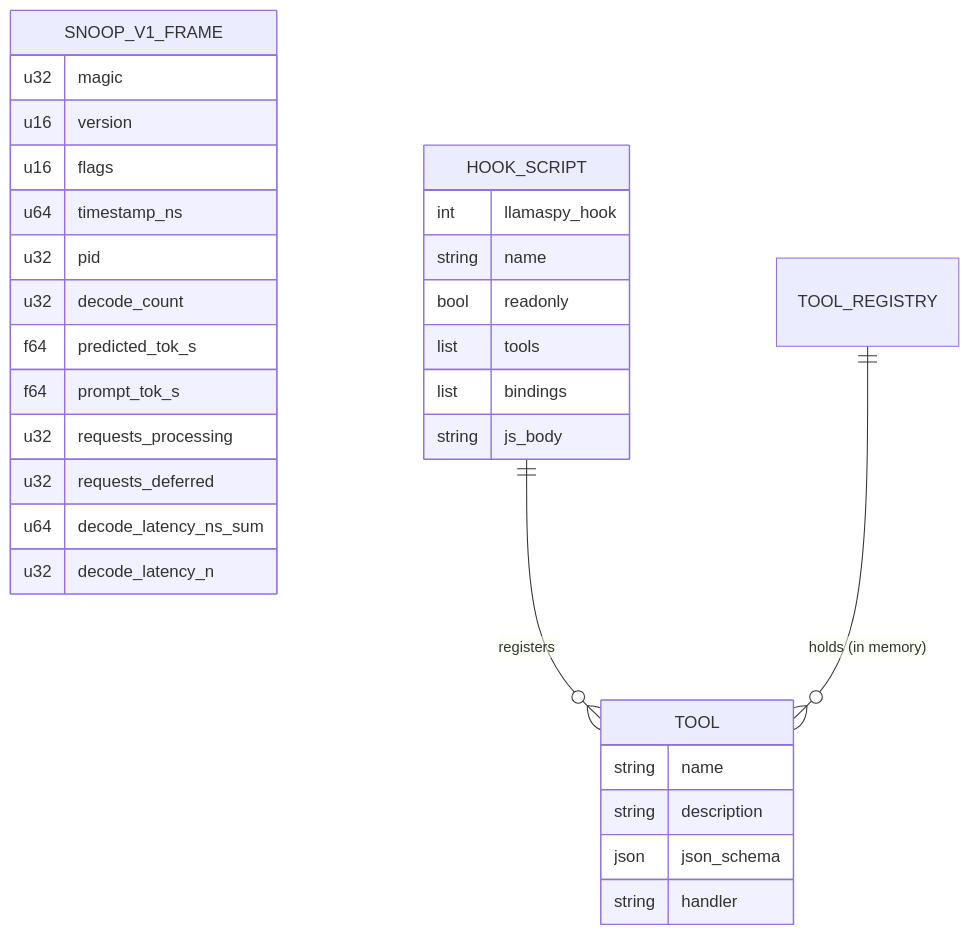
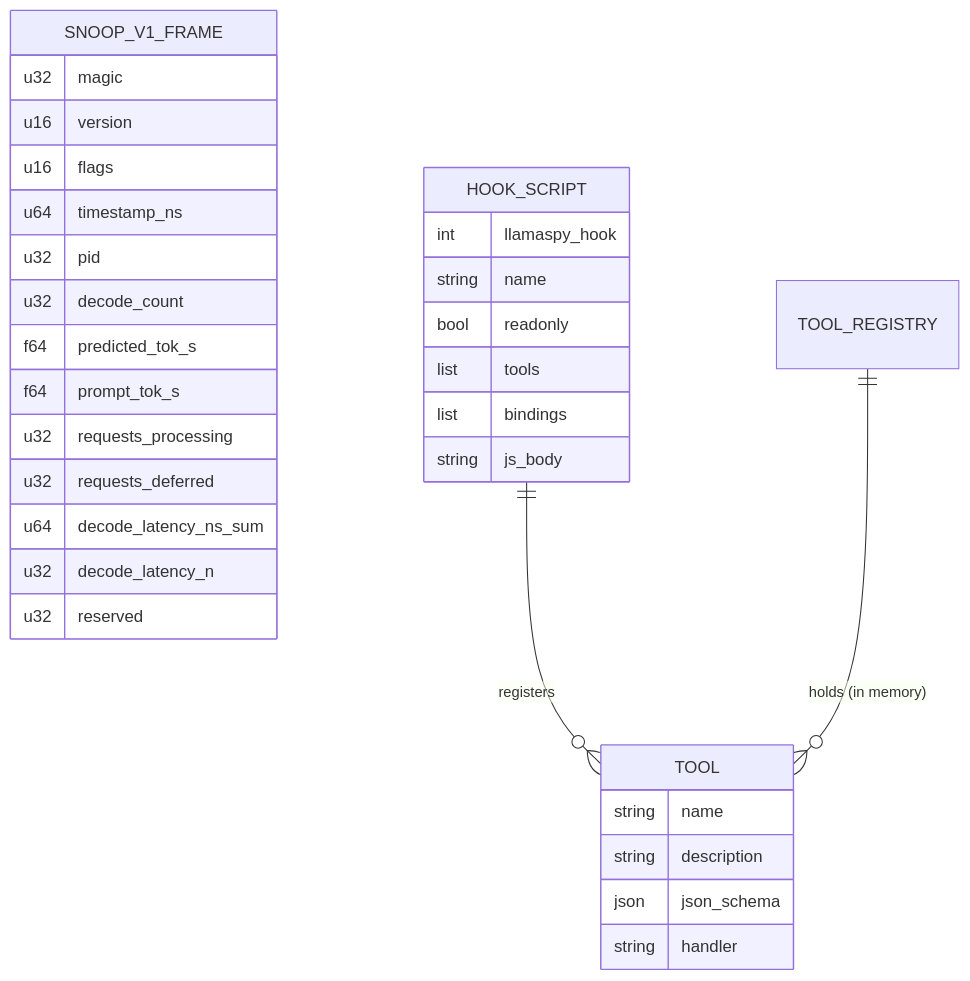
One commit to brianreborn/llama.SPY changed the fifth of 6 diagrams in README.md. Above: the diagram before and after it, drawn with Mermaid. The commit also changed other lines of this file, not shown here.

First line of the commit message:
docs(README): match provider lifecycle diagram to the code

````diff
--- a/README.md
+++ b/README.md
@@ -219,33 +227,34 @@
 ```mermaid
 erDiagram
   SNOOP_V1_FRAME {
     u32 magic
     u16 version
     u16 flags
     u64 timestamp_ns
     u32 pid
     u32 decode_count
     f64 predicted_tok_s
     f64 prompt_tok_s
     u32 requests_processing
     u32 requests_deferred
     u64 decode_latency_ns_sum
     u32 decode_latency_n
+    u32 reserved
   }
   HOOK_SCRIPT ||--o{ TOOL : "registers"
   TOOL_REGISTRY ||--o{ TOOL : "holds (in memory)"
   HOOK_SCRIPT {
     int llamaspy_hook
     string name
     bool readonly
     list tools
     list bindings
     string js_body
   }
   TOOL {
     string name
     string description
     json json_schema
     string handler
   }
 ```
````
